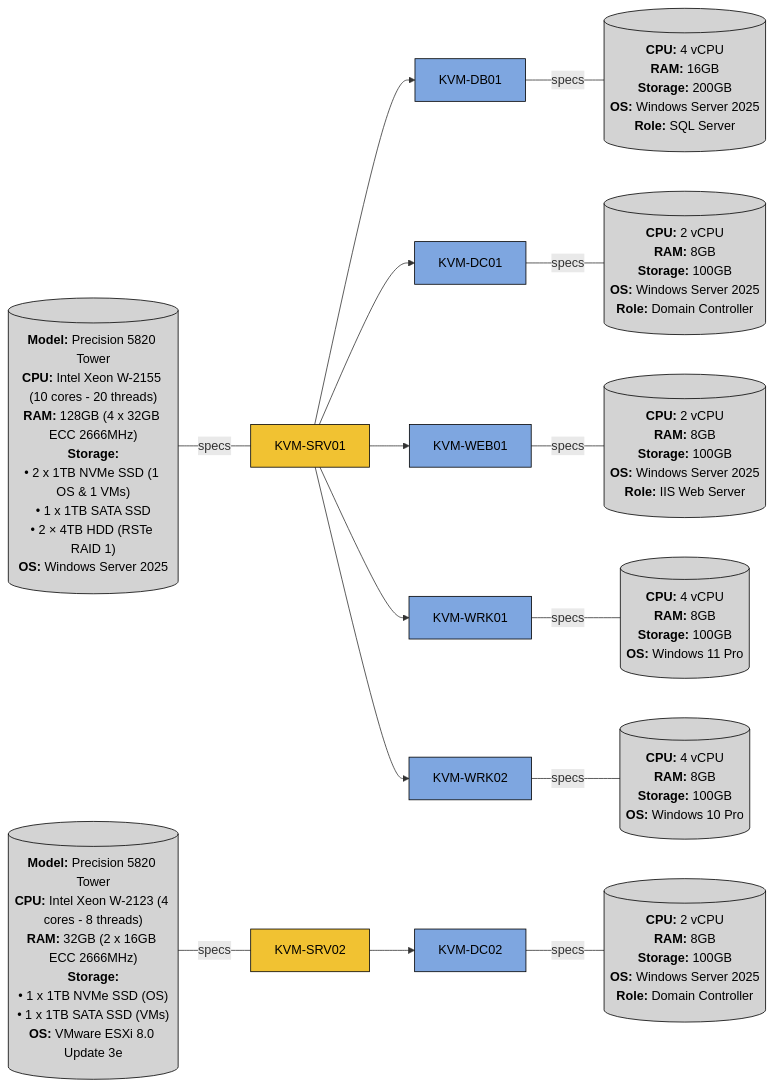
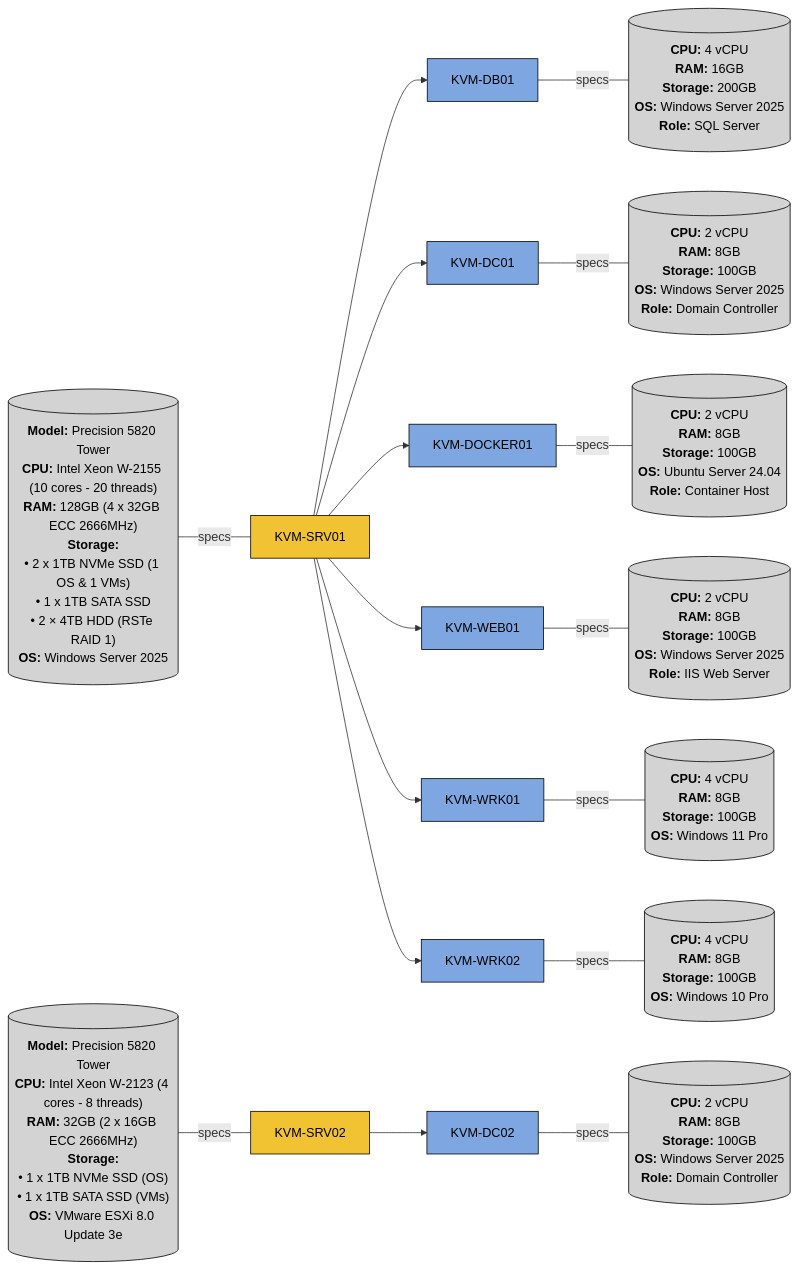
The diagram in README.md (khangvum/homelab-ansible-config), drawn with Mermaid before and after one commit. The commit also changed other lines of this file, not shown here.

Commit message:
Added KVM-DOCKER01

````diff
--- a/README.md
+++ b/README.md
@@ -14,65 +14,70 @@
 ```mermaid
 flowchart LR
     %% 1. KVM-SRV01
     %% - Host
     SRV01_SPECS[("`**Model:** Precision 5820 Tower
         **CPU:** Intel Xeon W-2155 (10 cores - 20 threads)
         **RAM:** 128GB (4 x 32GB ECC 2666MHz)
         **Storage:**
         • 2 x 1TB NVMe SSD (1 OS & 1 VMs)
         • 1 x 1TB SATA SSD
         • 2 × 4TB HDD (RSTe RAID 1)
         **OS:** Windows Server 2025`")] -- specs --- SRV01[KVM-SRV01]
     
     %% - VMs
     SRV01 --> DB01[KVM-DB01] -- specs --- DB01_SPECS[("`**CPU:** 4 vCPU
                                                         **RAM:** 16GB
                                                         **Storage:** 200GB
                                                         **OS:** Windows Server 2025
                                                         **Role:** SQL Server`")]
     SRV01 --> DC01[KVM-DC01] -- specs --- DC01_SPECS[("`**CPU:** 2 vCPU
                                                         **RAM:** 8GB
                                                         **Storage:** 100GB
                                                         **OS:** Windows Server 2025
                                                         **Role:** Domain Controller`")]
+    SRV01 --> DOCKER01[KVM-DOCKER01] -- specs --- DOCKER01_SPECS[("`**CPU:** 2 vCPU
+                                                                    **RAM:** 8GB
+                                                                    **Storage:** 100GB
+                                                                    **OS:** Ubuntu Server 24.04
+                                                                    **Role:** Container Host`")]
     SRV01 --> WEB01[KVM-WEB01] -- specs --- WEB01_SPECS[("`**CPU:** 2 vCPU
                                                             **RAM:** 8GB
                                                             **Storage:** 100GB
                                                             **OS:** Windows Server 2025
                                                             **Role:** IIS Web Server`")]
     SRV01 --> WRK01[KVM-WRK01] -- specs --- WRK01_SPECS[("`**CPU:** 4 vCPU
                                                             **RAM:** 8GB
                                                             **Storage:** 100GB
                                                             **OS:** Windows 11 Pro`")]
     SRV01 --> WRK02[KVM-WRK02] -- specs --- WRK02_SPECS[("`**CPU:** 4 vCPU
                                                             **RAM:** 8GB
                                                             **Storage:** 100GB
                                                             **OS:** Windows 10 Pro`")]
 
     
 
     %% 2. KVM-SRV02
     %% - Host
     SRV02_SPECS[("`**Model:** Precision 5820 Tower
         **CPU:** Intel Xeon W-2123 (4 cores - 8 threads)
         **RAM:** 32GB (2 x 16GB ECC 2666MHz)
         **Storage:**
         • 1 x 1TB NVMe SSD (OS)
         • 1 x 1TB SATA SSD (VMs)
         **OS:** VMware ESXi 8.0 Update 3e`")] -- specs --- SRV02[KVM-SRV02]
 
     %% - VMs
     SRV02 --> DC02[KVM-DC02] -- specs --- DC02_SPECS[("`**CPU:** 2 vCPU
                                                         **RAM:** 8GB
                                                         **Storage:** 100GB
                                                         **OS:** Windows Server 2025
                                                         **Role:** Domain Controller`")]
 
     %% Styling
     class SRV01,SRV02 hosts
     classDef hosts fill:#f1c232,stroke:#000,color:#000
-    class DB01,DC01,DC02,WEB01,WRK01,WRK02 vms
+    class DB01,DC01,DC02,DOCKER01,WEB01,WRK01,WRK02 vms
     classDef vms fill:#7ea6e0,stroke:#000,color:#000
-    class SRV01_SPECS,SRV02_SPECS,DB01_SPECS,DC01_SPECS,DC02_SPECS,WEB01_SPECS,WRK01_SPECS,WRK02_SPECS specs
+    class SRV01_SPECS,SRV02_SPECS,DB01_SPECS,DC01_SPECS,DC02_SPECS,DOCKER01_SPECS,WEB01_SPECS,WRK01_SPECS,WRK02_SPECS specs
     classDef specs fill:#d3d3d3,stroke:#000,color:#000
 ```
````
